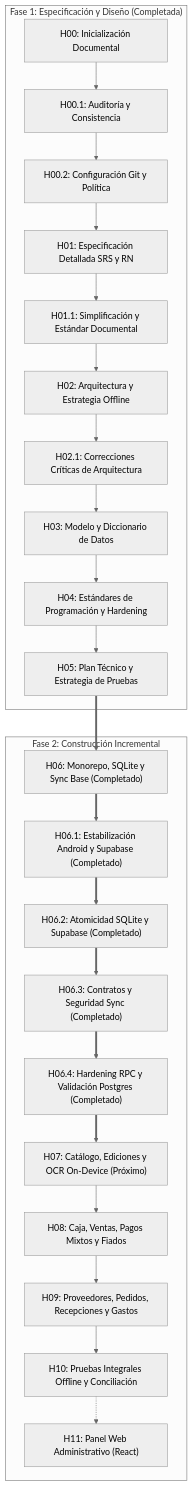
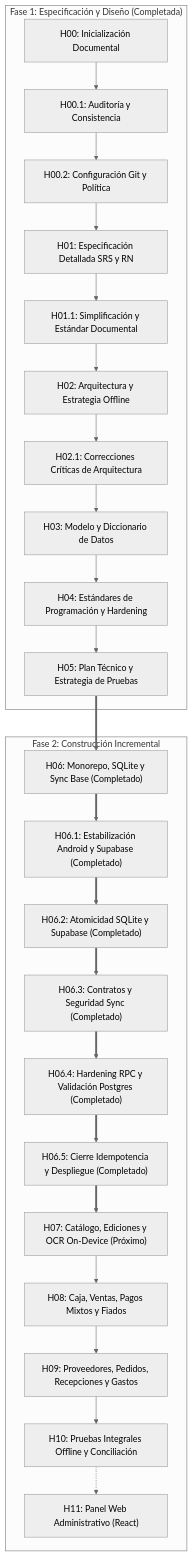
The diagram in docs/05-planificacion/PLAN_DESARROLLO.md (JMedina255/Proyecto_tienda), drawn with Mermaid (neutral theme) before and after one commit. The commit also changed other lines of this file and 9 other files, not shown here.

Commit message:
fix(h06.5): idempotencia atomica y despliegue preparado

````diff
--- a/docs/05-planificacion/PLAN_DESARROLLO.md
+++ b/docs/05-planificacion/PLAN_DESARROLLO.md
@@ -17,27 +17,28 @@
 ```mermaid
 flowchart TD
     subgraph Fase_Diseno["Fase 1: Especificación y Diseño (Completada)"]
         H00["H00: Inicialización Documental"] --> H00_1["H00.1: Auditoría y Consistencia"]
         H00_1 --> H00_2["H00.2: Configuración Git y Política"]
         H00_2 --> H01["H01: Especificación Detallada SRS y RN"]
         H01 --> H01_1["H01.1: Simplificación y Estándar Documental"]
         H01_1 --> H02["H02: Arquitectura y Estrategia Offline"]
         H02 --> H02_1["H02.1: Correcciones Críticas de Arquitectura"]
         H02_1 --> H03["H03: Modelo y Diccionario de Datos"]
         H03 --> H04["H04: Estándares de Programación y Hardening"]
         H04 --> H05["H05: Plan Técnico y Estrategia de Pruebas"]
     end
 
     subgraph Fase_Construccion["Fase 2: Construcción Incremental"]
         H05 ==> H06["H06: Monorepo, SQLite y Sync Base (Completado)"]
         H06 ==> H06_1["H06.1: Estabilización Android y Supabase (Completado)"]
         H06_1 ==> H06_2["H06.2: Atomicidad SQLite y Supabase (Completado)"]
         H06_2 ==> H06_3["H06.3: Contratos y Seguridad Sync (Completado)"]
         H06_3 ==> H06_4["H06.4: Hardening RPC y Validación Postgres (Completado)"]
-        H06_4 ==> H07["H07: Catálogo, Ediciones y OCR On-Device (Próximo)"]
+        H06_4 ==> H06_5["H06.5: Cierre Idempotencia y Despliegue (Completado)"]
+        H06_5 ==> H07["H07: Catálogo, Ediciones y OCR On-Device (Próximo)"]
         H07 --> H08["H08: Caja, Ventas, Pagos Mixtos y Fiados"]
         H08 --> H09["H09: Proveedores, Pedidos, Recepciones y Gastos"]
         H09 --> H10["H10: Pruebas Integrales Offline y Conciliación"]
         H10 -.-> H11["H11: Panel Web Administrativo (React)"]
     end
 ```
````
